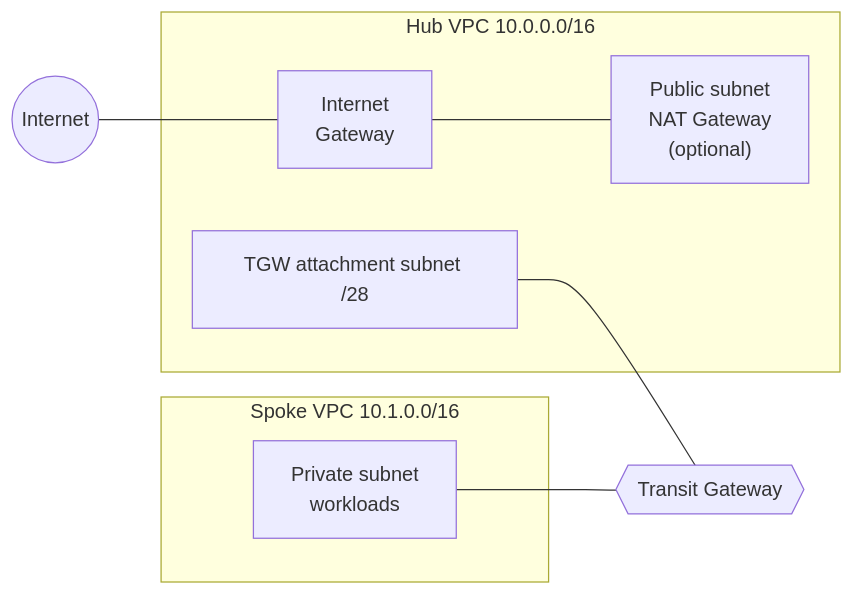
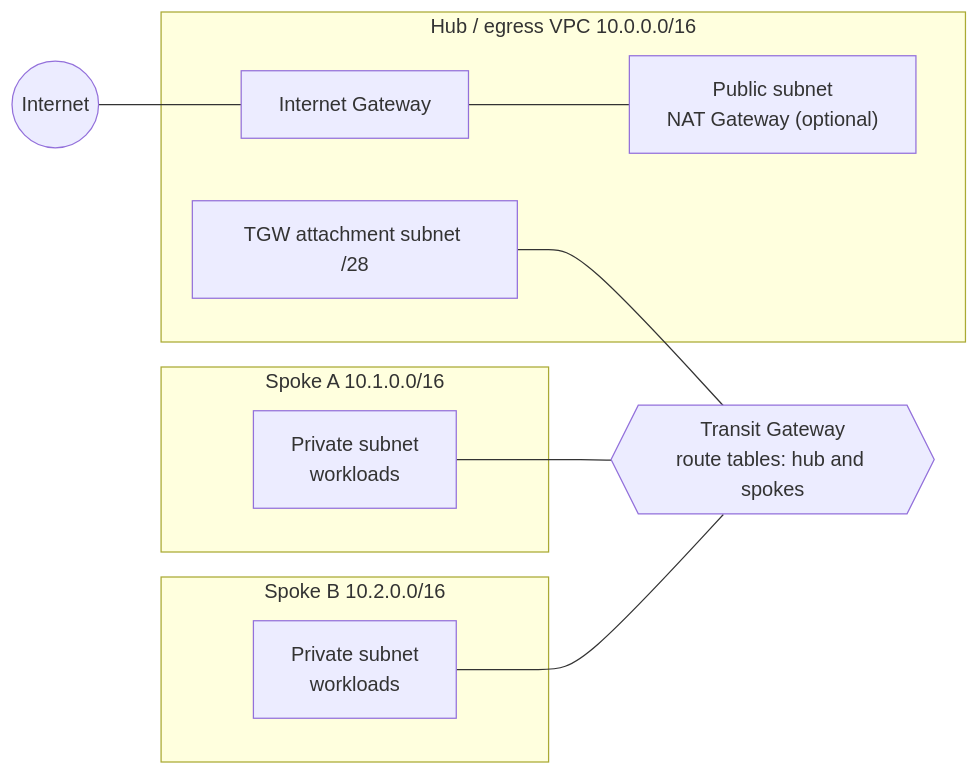
Before and after one commit to samartinezcuello/enterprise-cloud-network-automation: the diagram in README.md, drawn with Mermaid. The commit also changed other lines of this file, not shown here.

````diff
--- a/README.md
+++ b/README.md
@@ -9,17 +9,22 @@
 ```mermaid
 flowchart LR
-    Internet((Internet)) --- IGW[Internet<br/>Gateway]
+    Internet((Internet)) --- IGW[Internet Gateway]
 
-    subgraph HUB["Hub VPC 10.0.0.0/16"]
-        IGW --- PUB["Public subnet<br/>NAT Gateway<br/>(optional)"]
+    subgraph HUB["Hub / egress VPC 10.0.0.0/16"]
+        IGW --- PUB["Public subnet<br/>NAT Gateway (optional)"]
         TGWSN["TGW attachment subnet /28"]
     end
 
-    subgraph SPOKE["Spoke VPC 10.1.0.0/16"]
-        PRIV["Private subnet<br/>workloads"]
+    subgraph SPOKEA["Spoke A 10.1.0.0/16"]
+        PRIVA["Private subnet<br/>workloads"]
     end
 
-    TGW{{Transit Gateway}}
+    subgraph SPOKEB["Spoke B 10.2.0.0/16"]
+        PRIVB["Private subnet<br/>workloads"]
+    end
+
+    TGW{{"Transit Gateway<br/>route tables: hub and spokes"}}
     TGWSN --- TGW
-    PRIV --- TGW
+    PRIVA --- TGW
+    PRIVB --- TGW
 ```
````
